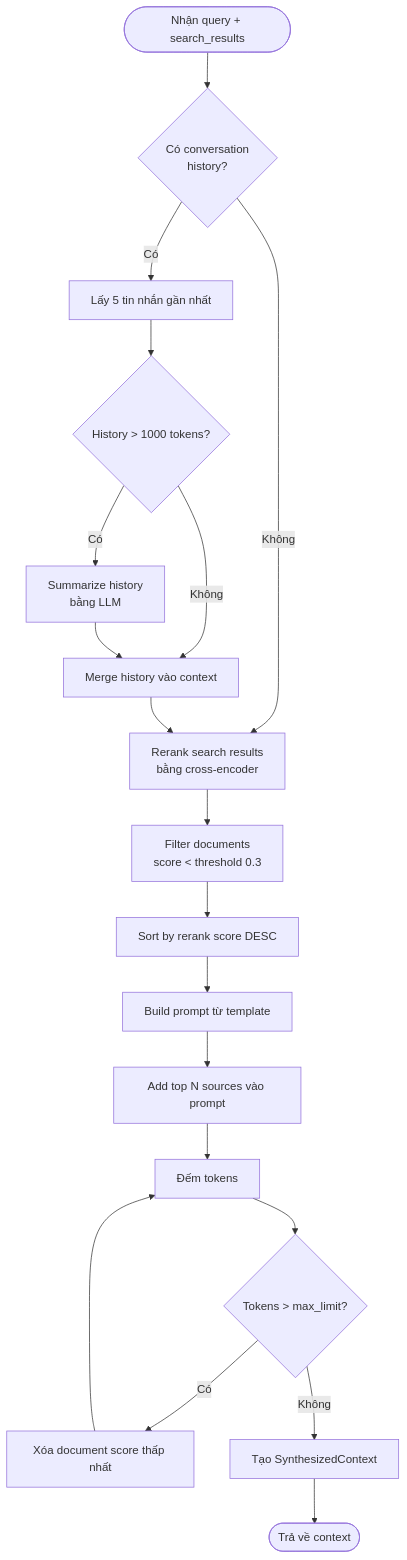
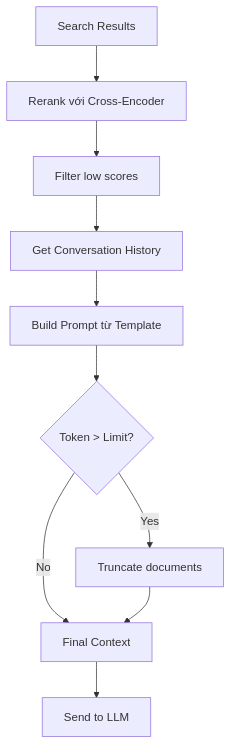
One commit to tvanle/Module2-HTTM changed the eighth of 10 diagrams in README.md. Above: the diagram before and after it, drawn with Mermaid. The commit also changed other lines of this file, not shown here.

````diff
--- a/README.md
+++ b/README.md
@@ -757,27 +500,12 @@
 ```mermaid
-flowchart TD
-    Start([Nhận query + search_results]) --> HasHistory{Có conversation<br/>history?}
-
-    HasHistory -->|Có| GetHistory[Lấy 5 tin nhắn gần nhất]
-    GetHistory --> CheckHistorySize{History > 1000 tokens?}
-    CheckHistorySize -->|Có| SummarizeHistory[Summarize history<br/>bằng LLM]
-    CheckHistorySize -->|Không| MergeHistory[Merge history vào context]
-    SummarizeHistory --> MergeHistory
-
-    HasHistory -->|Không| Rerank[Rerank search results<br/>bằng cross-encoder]
-    MergeHistory --> Rerank
-
-    Rerank --> FilterLowScore[Filter documents<br/>score < threshold 0.3]
-    FilterLowScore --> SortByScore[Sort by rerank score DESC]
-    SortByScore --> BuildPrompt[Build prompt từ template]
-
-    BuildPrompt --> AddSources[Add top N sources vào prompt]
-    AddSources --> CountTokens[Đếm tokens]
-    CountTokens --> CheckLimit{Tokens > max_limit?}
-
-    CheckLimit -->|Có| RemoveLowest[Xóa document score thấp nhất]
-    RemoveLowest --> CountTokens
-
-    CheckLimit -->|Không| FinalContext[Tạo SynthesizedContext]
-    FinalContext --> End([Trả về context])
+flowchart TB
+    A[Search Results] --> B[Rerank với Cross-Encoder]
+    B --> C[Filter low scores]
+    C --> D[Get Conversation History]
+    D --> E[Build Prompt từ Template]
+    E --> F{Token > Limit?}
+    F -->|Yes| G[Truncate documents]
+    F -->|No| H[Final Context]
+    G --> H
+    H --> I[Send to LLM]
 ```
````
